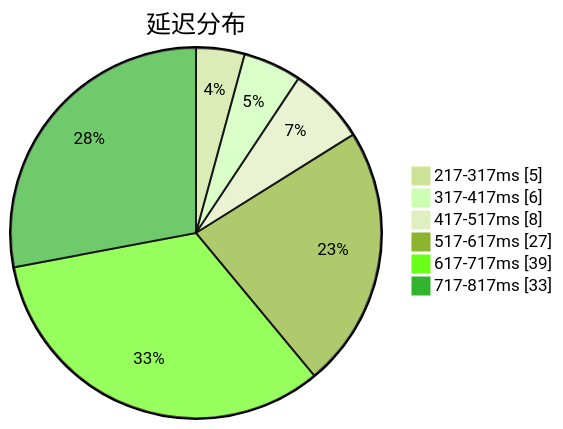
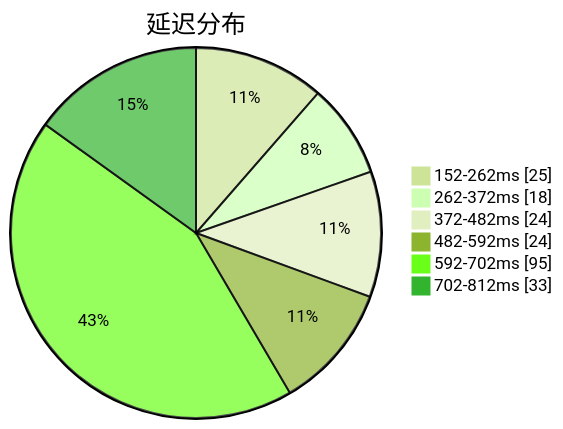
One commit to qjlxg/airport changed the first of 3 diagrams in subs/statistics/tested_within.md. Above: the diagram before and after it, drawn with Mermaid (forest theme). The commit also changed other lines of this file and 2 other files, not shown here.

Commit message:
Tested by metaST

````diff
--- a/subs/statistics/tested_within.md
+++ b/subs/statistics/tested_within.md
@@ -2,10 +2,10 @@
 ```mermaid
 pie showData
 title 延迟分布
-"217-317ms" : 5
-"317-417ms" : 6
-"417-517ms" : 8
-"517-617ms" : 27
-"617-717ms" : 39
-"717-817ms" : 33
+"152-262ms" : 25
+"262-372ms" : 18
+"372-482ms" : 24
+"482-592ms" : 24
+"592-702ms" : 95
+"702-812ms" : 33
 ```
````
